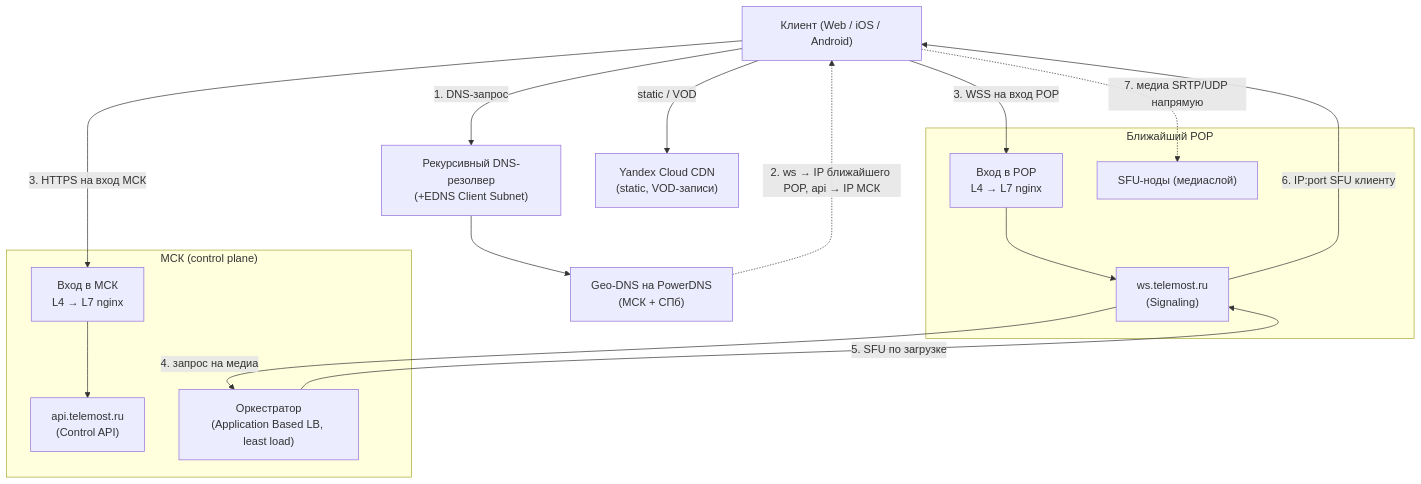
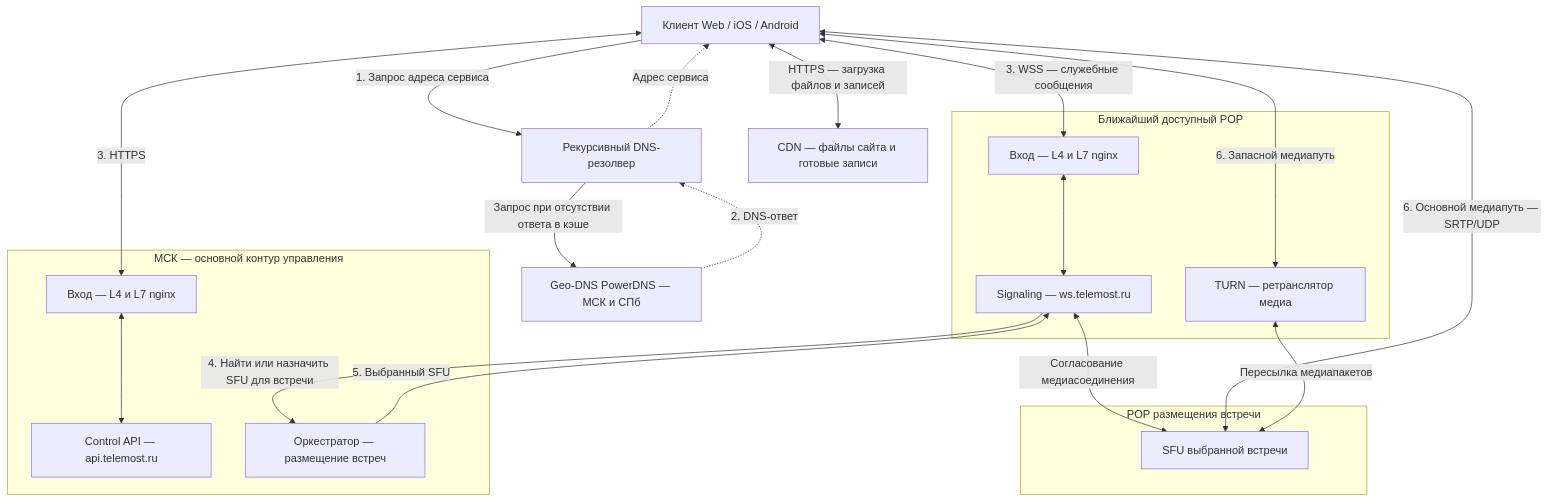
The diagram in resources/gslb-dns.md (armishev/highload_course_project), drawn with Mermaid before and after one commit.

````diff
--- a/resources/gslb-dns.md
+++ b/resources/gslb-dns.md
@@ -3,32 +3,45 @@
 ```mermaid
 flowchart TD
-    U["Клиент (Web / iOS / Android)"]
-    R["Рекурсивный DNS-резолвер<br/>(+EDNS Client Subnet)"]
-    G["Geo-DNS на PowerDNS<br/>(МСК + СПб)"]
-    CDN["Yandex Cloud CDN<br/>(static, VOD-записи)"]
+    U["Клиент Web / iOS / Android"]
+    R["Рекурсивный DNS-резолвер"]
+    G["Geo-DNS PowerDNS — МСК и СПб"]
+    CDN["CDN — файлы сайта и готовые записи"]
 
-    subgraph POP["Ближайший POP"]
-        VIP["Вход в POP<br/>L4 → L7 nginx"]
-        WS["ws.telemost.ru<br/>(Signaling)"]
-        SFU["SFU-ноды (медиаслой)"]
+    subgraph EDGE["Ближайший доступный POP"]
+        VIP["Вход — L4 и L7 nginx"]
+        SIG["Signaling — ws.telemost.ru"]
+        TURN["TURN — ретранслятор медиа"]
     end
 
-    subgraph MSK["МСК (control plane)"]
-        VIPM["Вход в МСК<br/>L4 → L7 nginx"]
-        API["api.telemost.ru<br/>(Control API)"]
-        O["Оркестратор<br/>(Application Based LB, least load)"]
+    subgraph CONTROL["МСК — основной контур управления"]
+        VIPM["Вход — L4 и L7 nginx"]
+        API["Control API — api.telemost.ru"]
+        O["Оркестратор — размещение встреч"]
     end
 
-    U -->|"1. DNS-запрос"| R
-    R --> G
-    G -.->|"2. ws → IP ближайшего POP, api → IP МСК"| U
-    U -->|"3. WSS на вход POP"| VIP
-    U -->|"3. HTTPS на вход МСК"| VIPM
-    VIPM --> API
-    VIP --> WS
-    WS -->|"4. запрос на медиа"| O
-    O -->|"5. SFU по загрузке"| WS
-    WS -->|"6. IP:port SFU клиенту"| U
-    U -.->|"7. медиа SRTP/UDP напрямую"| SFU
-    U -->|"static / VOD"| CDN
+    subgraph MEDIA["POP размещения встречи"]
+        SFU["SFU выбранной встречи"]
+    end
+
+    U -->|"1. Запрос адреса сервиса"| R
+    R -->|"Запрос при отсутствии ответа в кэше"| G
+    G -.->|"2. DNS-ответ"| R
+    R -.->|"Адрес сервиса"| U
+
+    U <-->|"3. HTTPS"| VIPM
+    VIPM <--> API
+
+    U <-->|"3. WSS — служебные сообщения"| VIP
+    VIP <--> SIG
+
+    SIG -->|"4. Найти или назначить SFU для встречи"| O
+    O -->|"5. Выбранный SFU"| SIG
+
+    SIG <-->|"Согласование медиасоединения"| SFU
+
+    U <-->|"6. Основной медиапуть — SRTP/UDP"| SFU
+    U <-->|"6. Запасной медиапуть"| TURN
+    TURN <-->|"Пересылка медиапакетов"| SFU
+
+    U <-->|"HTTPS — загрузка файлов и записей"| CDN
 ```
````
